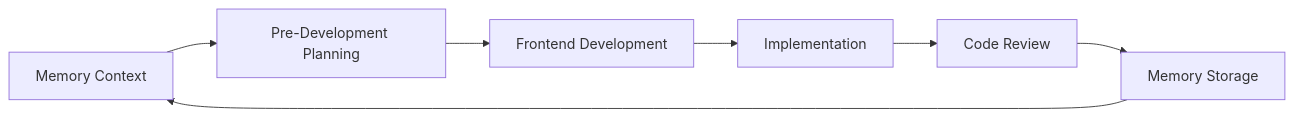
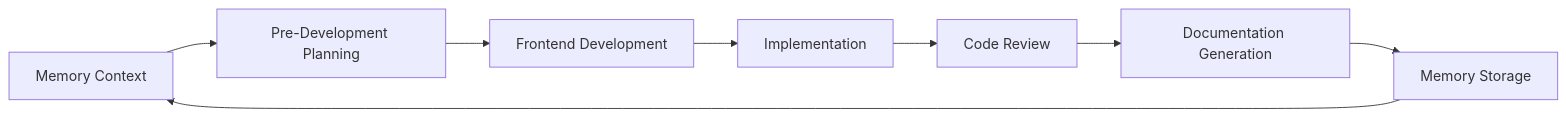
One commit to LerianStudio/ai-prompts changed the diagram in README.md. Above: the diagram before and after it, drawn with Mermaid. The commit also changed other lines of this file and 8 other files, not shown here.

````diff
--- a/README.md
+++ b/README.md
@@ -71,9 +82,10 @@
 ```mermaid
 graph LR
     A[Memory Context] --> B[Pre-Development Planning]
     B --> C[Frontend Development]
     C --> D[Implementation]
     D --> E[Code Review]
-    E --> F[Memory Storage]
-    F --> A
+    E --> F[Documentation Generation]
+    F --> G[Memory Storage]
+    G --> A
 ```
````
